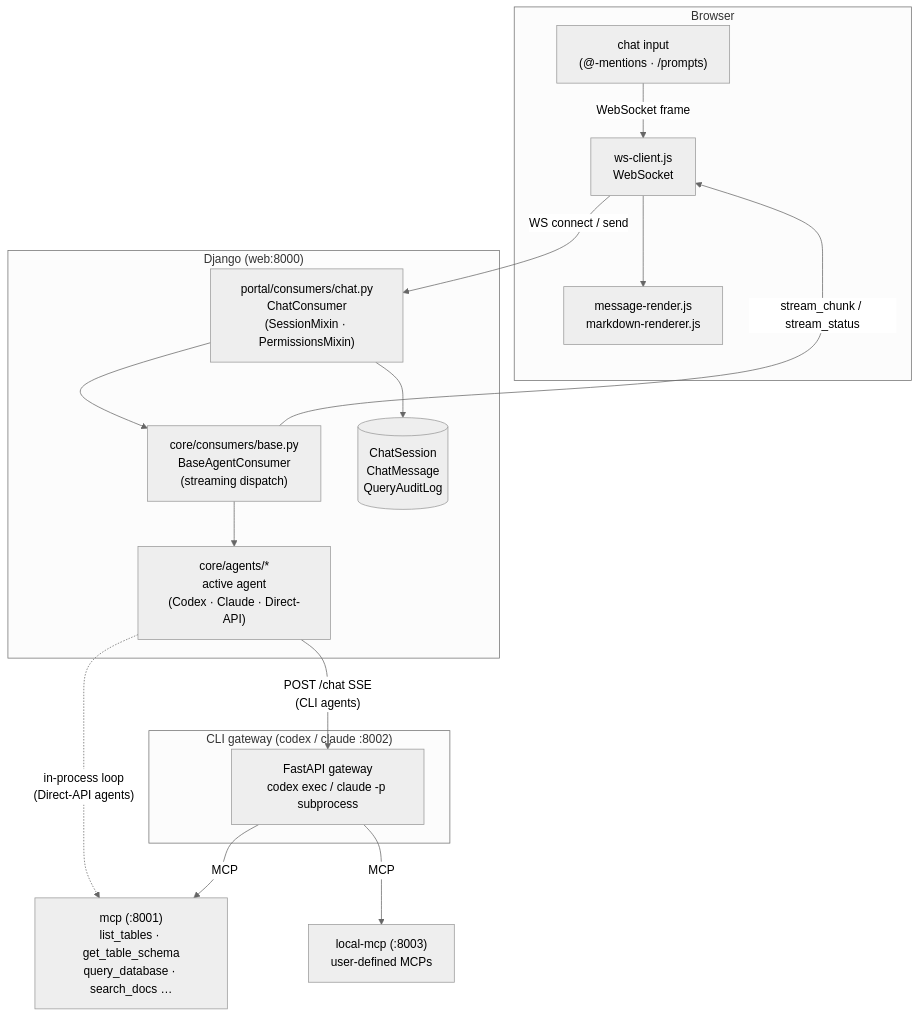
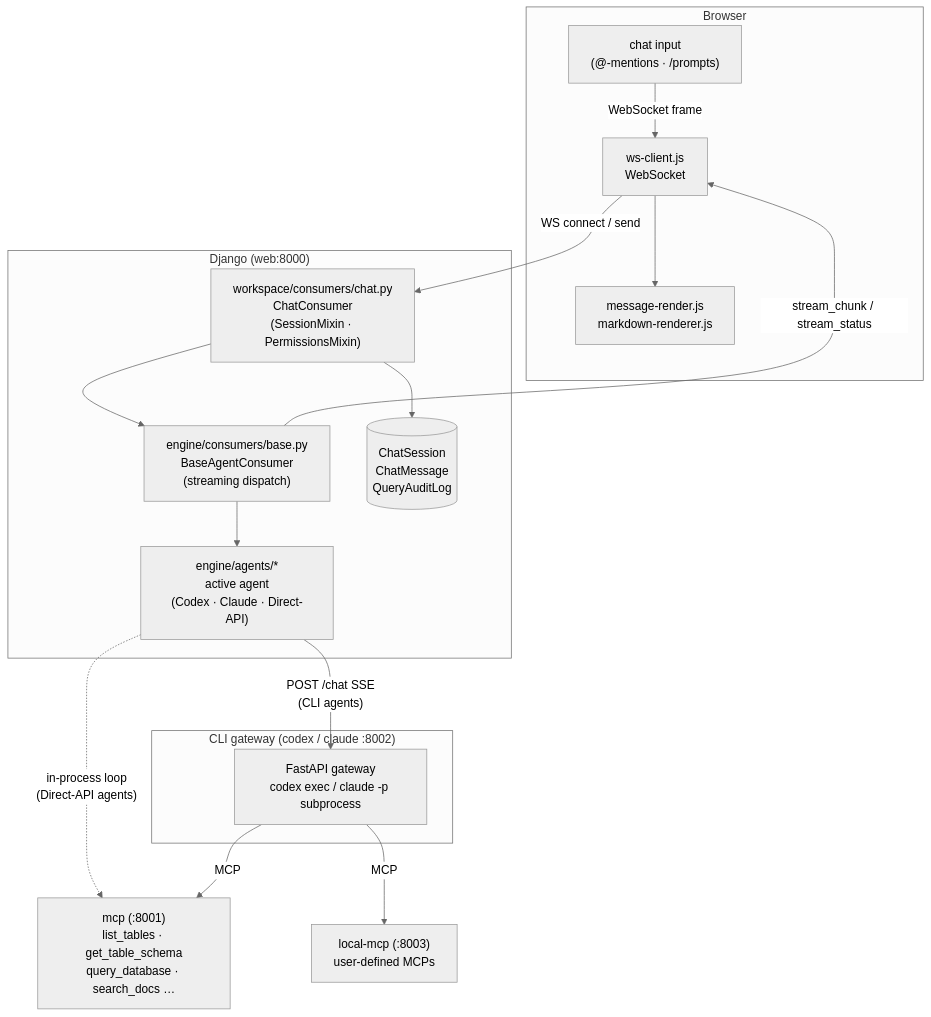
One commit to mpospirit-apps/TetherDust changed the diagram in documentations/TetherDust Documentation/2. Features/2. Chat.md. Above: the diagram before and after it, drawn with Mermaid (neutral theme). The commit also changed other lines of this file and 341 other files, not shown here.

Commit message:
chore: rename Django apps (core -> engine, portal -> workspace, console -> management)

````diff
--- a/documentations/TetherDust Documentation/2. Features/2. Chat.md
+++ b/documentations/TetherDust Documentation/2. Features/2. Chat.md
@@ -22,34 +22,34 @@
 ```mermaid
 flowchart TD
     subgraph browser["Browser"]
         Input["chat input\n(@-mentions · /prompts)"]
         WSClient["ws-client.js\nWebSocket"]
         Render["message-render.js\nmarkdown-renderer.js"]
     end
 
     subgraph web["Django (web:8000)"]
-        Consumer["portal/consumers/chat.py\nChatConsumer\n(SessionMixin · PermissionsMixin)"]
-        BaseConsumer["core/consumers/base.py\nBaseAgentConsumer\n(streaming dispatch)"]
-        Agent["core/agents/*\nactive agent\n(Codex · Claude · Direct-API)"]
+        Consumer["workspace/consumers/chat.py\nChatConsumer\n(SessionMixin · PermissionsMixin)"]
+        BaseConsumer["engine/consumers/base.py\nBaseAgentConsumer\n(streaming dispatch)"]
+        Agent["engine/agents/*\nactive agent\n(Codex · Claude · Direct-API)"]
         DB[("ChatSession\nChatMessage\nQueryAuditLog")]
     end
 
     subgraph gw["CLI gateway (codex / claude :8002)"]
         Gateway["FastAPI gateway\ncodex exec / claude -p subprocess"]
     end
 
     MCP["mcp (:8001)\nlist_tables · get_table_schema\nquery_database · search_docs …"]
     LocalMCP["local-mcp (:8003)\nuser-defined MCPs"]
 
     Input -->|WebSocket frame| WSClient
     WSClient -->|WS connect / send| Consumer
     Consumer --> BaseConsumer
     BaseConsumer --> Agent
     Agent -->|"POST /chat SSE\n(CLI agents)"| Gateway
     Agent -.->|"in-process loop\n(Direct-API agents)"| MCP
     Gateway -->|MCP| MCP
     Gateway -->|MCP| LocalMCP
     Consumer --> DB
     BaseConsumer -->|stream_chunk / stream_status| WSClient
     WSClient --> Render
 ```
````
